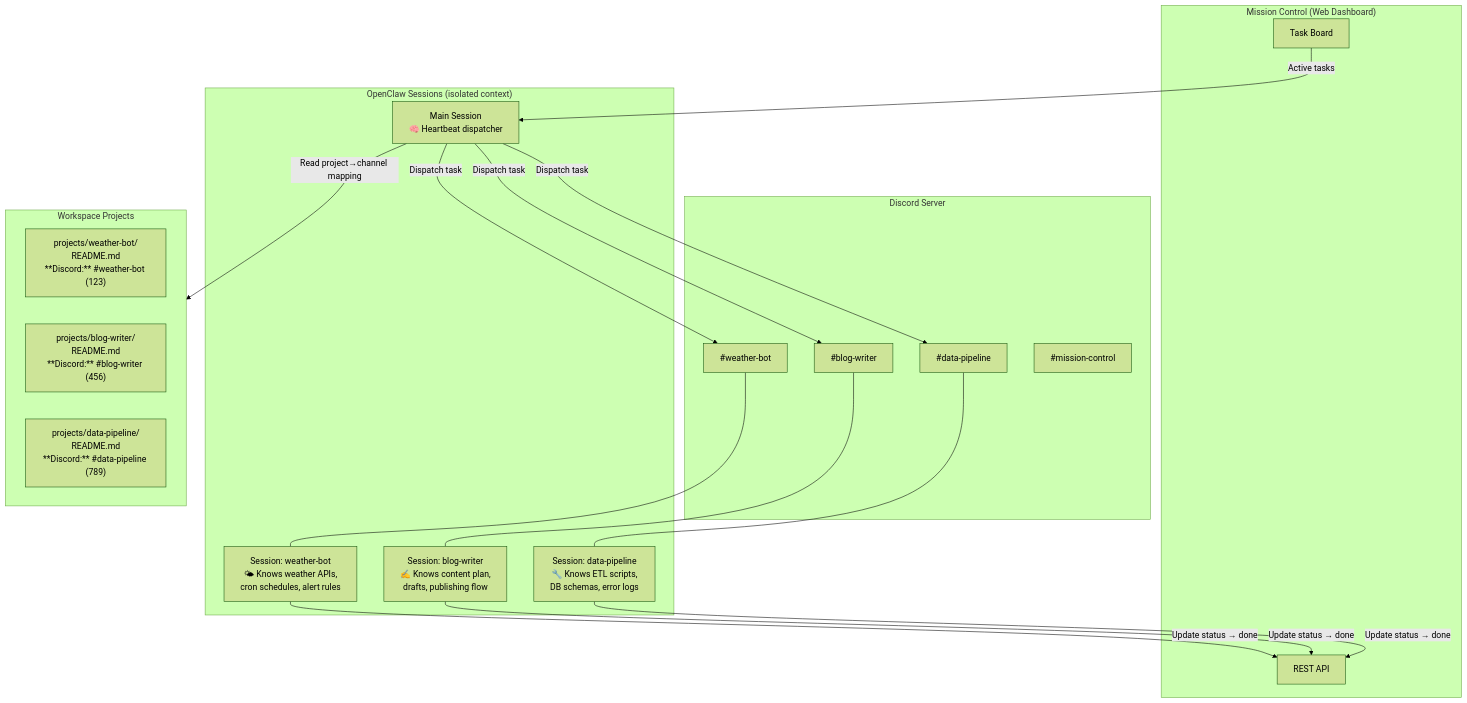
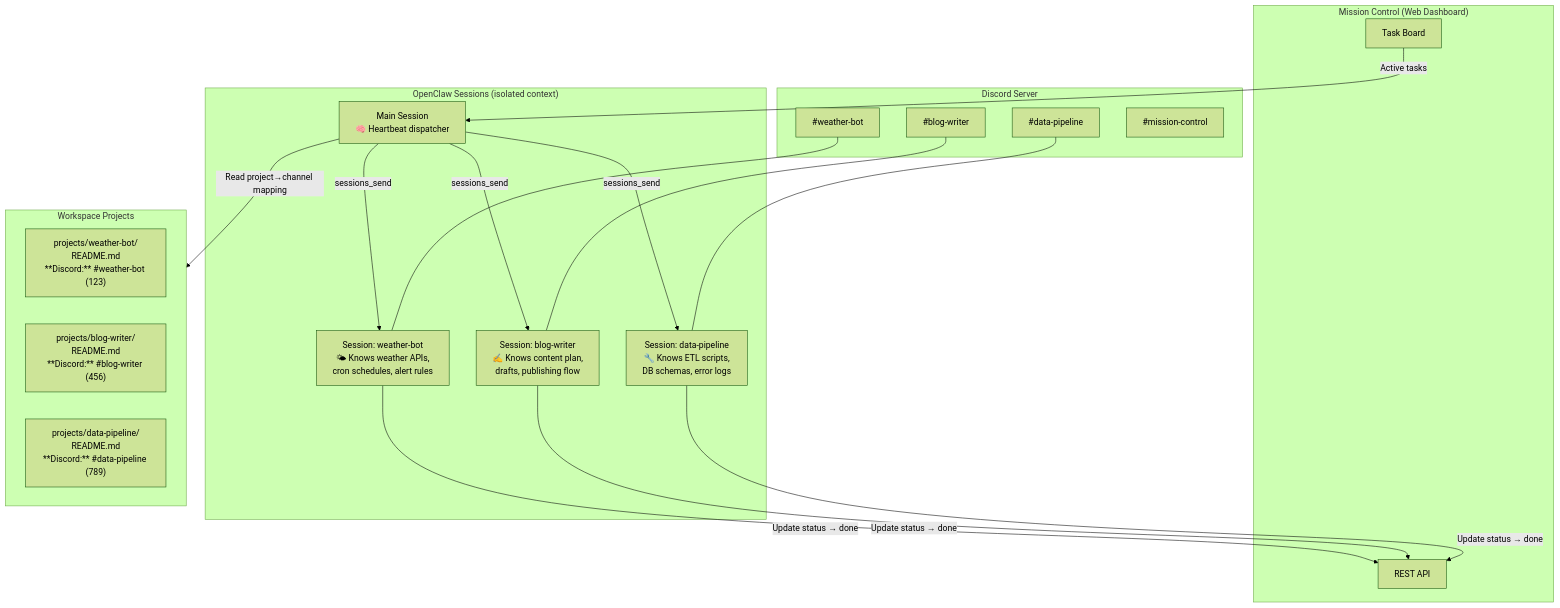
The first of 3 diagrams in README.md (mdude/openclaw-mc), drawn with Mermaid (forest theme) before and after one commit. The commit also changed other lines of this file, not shown here.

Commit message:
docs: update dispatch architecture to sessions_send (channel session with full context)

````diff
--- a/README.md
+++ b/README.md
@@ -185,39 +185,39 @@
 ```mermaid
 flowchart TB
     subgraph MC["Mission Control (Web Dashboard)"]
         TB[Task Board]
         API[REST API]
     end
 
     subgraph Discord["Discord Server"]
         CH1["#weather-bot"]
         CH2["#blog-writer"]
         CH3["#data-pipeline"]
         CH4["#mission-control"]
     end
 
     subgraph Sessions["OpenClaw Sessions (isolated context)"]
         S1["Session: weather-bot\n🌤 Knows weather APIs,\ncron schedules, alert rules"]
         S2["Session: blog-writer\n✍️ Knows content plan,\ndrafts, publishing flow"]
         S3["Session: data-pipeline\n🔧 Knows ETL scripts,\nDB schemas, error logs"]
         SM["Main Session\n🧠 Heartbeat dispatcher"]
     end
 
     subgraph WS["Workspace Projects"]
         P1["projects/weather-bot/\nREADME.md\n**Discord:** #weather-bot (123)"]
         P2["projects/blog-writer/\nREADME.md\n**Discord:** #blog-writer (456)"]
         P3["projects/data-pipeline/\nREADME.md\n**Discord:** #data-pipeline (789)"]
     end
 
     TB -->|"Active tasks"| SM
     SM -->|"Read project→channel mapping"| WS
-    SM -->|"Dispatch task"| CH1
-    SM -->|"Dispatch task"| CH2
-    SM -->|"Dispatch task"| CH3
+    SM -->|"sessions_send"| S1
+    SM -->|"sessions_send"| S2
+    SM -->|"sessions_send"| S3
     CH1 --- S1
     CH2 --- S2
     CH3 --- S3
     S1 -->|"Update status → done"| API
     S2 -->|"Update status → done"| API
     S3 -->|"Update status → done"| API
 ```
````
